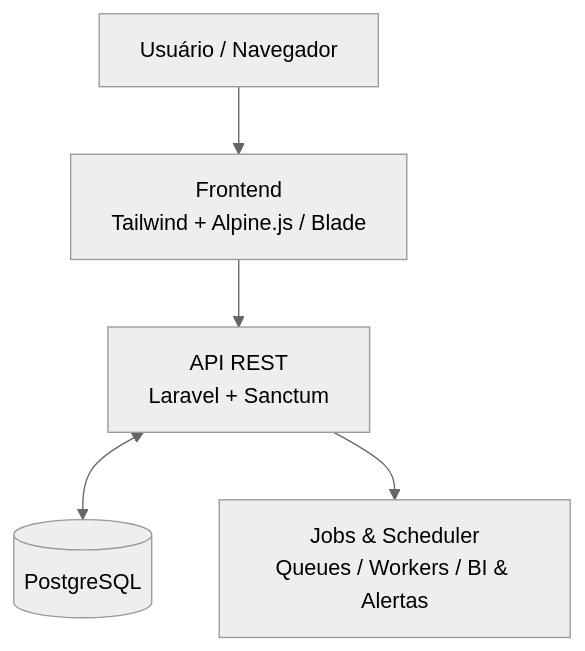
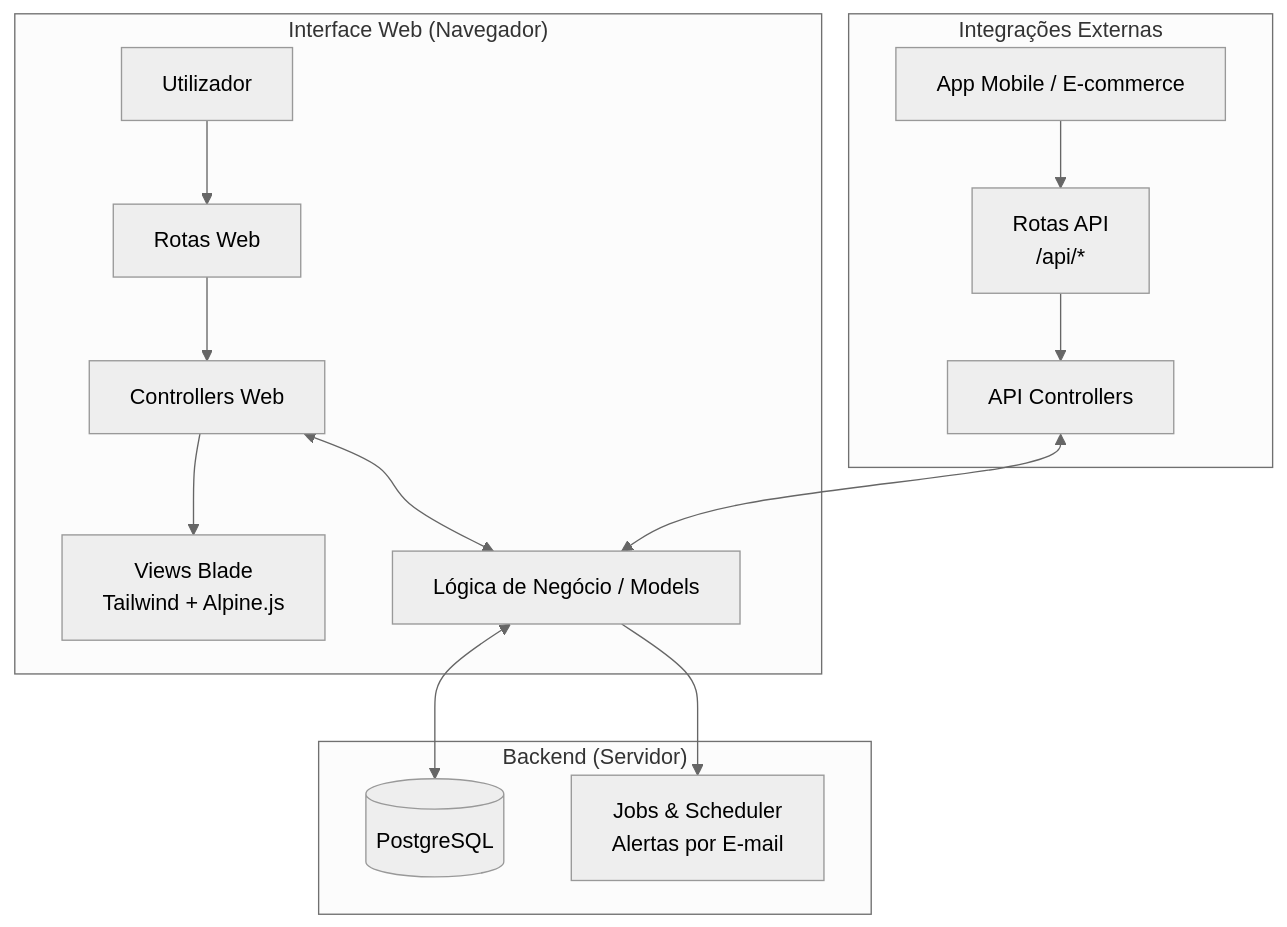
The diagram in README.md (Darkness1999/controle-estoque-crud-laravel), drawn with Mermaid (neutral theme) before and after one commit. The commit also changed other lines of this file, not shown here.

Commit message:
Refactor: Atualiza a arquitetura do sistema no README e adiciona instruções de configuração do PHP

````diff
--- a/README.md
+++ b/README.md
@@ -50,7 +50,20 @@
 ```mermaid
 flowchart TD
-    U[Usuário / Navegador] --> F[Frontend<br/>Tailwind + Alpine.js / Blade]
-    F --> A[API REST<br/>Laravel + Sanctum]
-    A <--> DB[(PostgreSQL)]
-    A --> J[Jobs & Scheduler<br/>Queues / Workers / BI & Alertas]
+    subgraph "Interface Web (Navegador)"
+        U[Utilizador] --> W[Rotas Web]
+        W --> C[Controllers Web]
+        C --> V[Views Blade<br/>Tailwind + Alpine.js]
+        C <--> L[Lógica de Negócio / Models]
+    end
+    
+    subgraph "Integrações Externas"
+        EXT[App Mobile / E-commerce] --> API[Rotas API<br/>/api/*]
+        API --> AC[API Controllers]
+        AC <--> L
+    end
+
+    subgraph "Backend (Servidor)"
+        L <--> DB[(PostgreSQL)]
+        L --> J[Jobs & Scheduler<br/>Alertas por E-mail]
+    end
 ```
````
